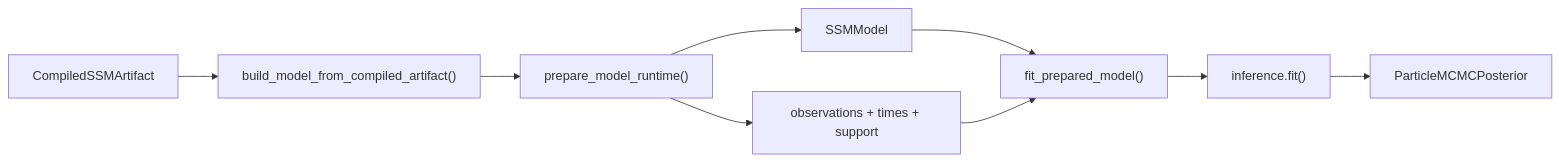
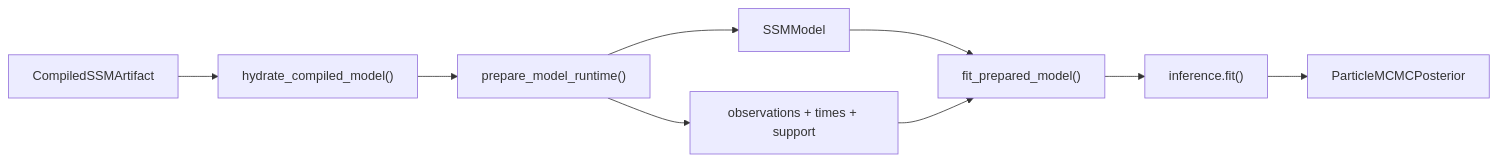
Before and after one commit to ma9o/causal-ssm-agent: the diagram in docs/reference/estimation.md, drawn with Mermaid. The commit also changed other lines of this file and 240 other files, not shown here.

````diff
--- a/docs/reference/estimation.md
+++ b/docs/reference/estimation.md
@@ -99,11 +100,11 @@
 ```mermaid
 flowchart LR
-    A["CompiledSSMArtifact"] --> B["build_model_from_compiled_artifact()"]
+    A["CompiledSSMArtifact"] --> B["hydrate_compiled_model()"]
     B --> C["prepare_model_runtime()"]
     C --> D["SSMModel"]
     C --> E["observations + times + support"]
     D --> F["fit_prepared_model()"]
     E --> F
     F --> G["inference.fit()"]
     G --> H["ParticleMCMCPosterior"]
 ```
````
